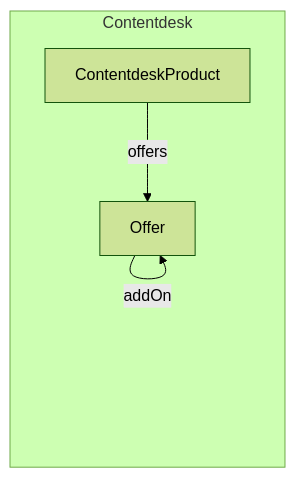
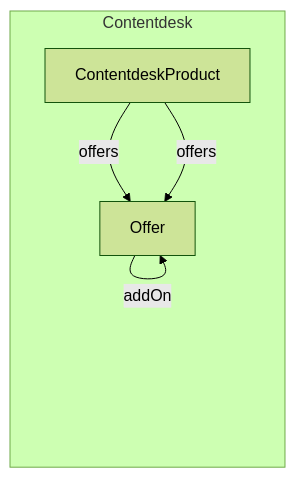
Before and after one commit to tsolenthaler/docs.contentdesk.io: the diagram in docs/dev/concepts/produkte-und-angebote.md, drawn with Mermaid (forest theme). The commit also changed other lines of this file, not shown here.

Commit message:
Refactor file paths for concepts and projects markdown files

````diff
--- a/docs/dev/concepts/produkte-und-angebote.md
+++ b/docs/dev/concepts/produkte-und-angebote.md
@@ -45,8 +46,14 @@
 ``` mermaid
 graph LR
     subgraph Contentdesk
         direction TB
         ContentdeskProduct -->|offers|Offer
         Offer-->|addOn|Offer
     end
+
+    subgraph Contentdesk
+        direction TB
+        ContentdeskProduct -->|offers|Offer
+        Offer-->|addOn|Offer
+    end
 ```
````
